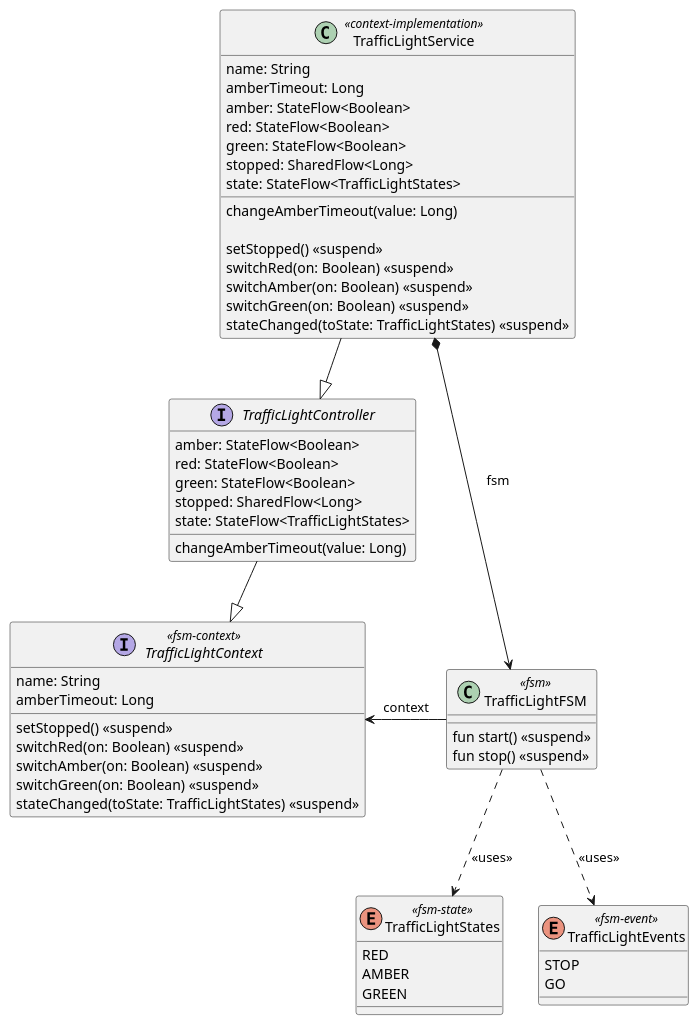
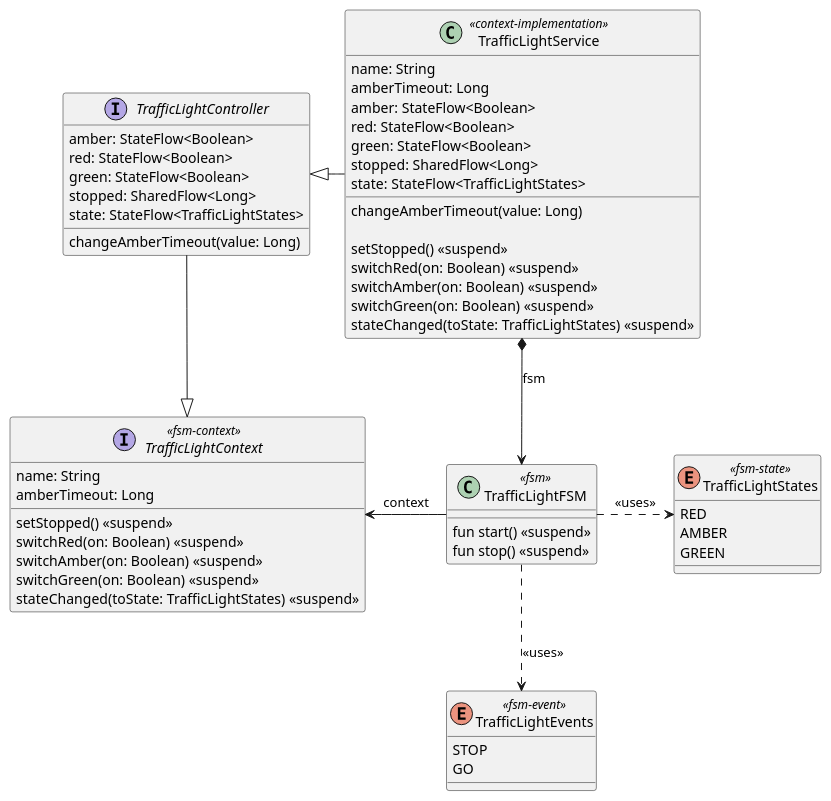
One commit to open-jumpco/kfsm-mpp-compose-traffic changed the diagram in models/traffic-light-model.puml. Above: the diagram before and after it, drawn with PlantUML. The commit also changed 4 other files, not shown here.

```diff
--- a/models/traffic-light-model.puml
+++ b/models/traffic-light-model.puml
@@ -1,62 +1,62 @@
 @startuml
 
 enum TrafficLightStates <<fsm-state>> {
     RED
     AMBER
     GREEN
 }
 
 enum TrafficLightEvents <<fsm-event>> {
     STOP
     GO
 }
 interface TrafficLightContext <<fsm-context>> {
     name: String
     amberTimeout: Long
     setStopped() <<suspend>>
     switchRed(on: Boolean) <<suspend>>
     switchAmber(on: Boolean) <<suspend>>
     switchGreen(on: Boolean) <<suspend>>
     stateChanged(toState: TrafficLightStates) <<suspend>>
 }
 
 interface TrafficLightController {
     amber: StateFlow<Boolean>
     red: StateFlow<Boolean>
     green: StateFlow<Boolean>
     stopped: SharedFlow<Long>
     state: StateFlow<TrafficLightStates>
     changeAmberTimeout(value: Long)
 }
 TrafficLightController -down-|> TrafficLightContext
 
 class TrafficLightFSM <<fsm>> {
     fun start() <<suspend>>
     fun stop() <<suspend>>
 }
 
-TrafficLightFSM ..> TrafficLightStates: <<uses>>
-TrafficLightFSM ..> TrafficLightEvents: <<uses>>
+TrafficLightFSM .right.> TrafficLightStates: <<uses>>
+TrafficLightFSM .down.> TrafficLightEvents: <<uses>>
 TrafficLightFSM -left-> TrafficLightContext: context
 
 class TrafficLightService <<context-implementation>> {
     name: String
     amberTimeout: Long
     amber: StateFlow<Boolean>
     red: StateFlow<Boolean>
     green: StateFlow<Boolean>
     stopped: SharedFlow<Long>
     state: StateFlow<TrafficLightStates>
     changeAmberTimeout(value: Long)
 
     setStopped() <<suspend>>
     switchRed(on: Boolean) <<suspend>>
     switchAmber(on: Boolean) <<suspend>>
     switchGreen(on: Boolean) <<suspend>>
     stateChanged(toState: TrafficLightStates) <<suspend>>
 }
 
-TrafficLightService --|> TrafficLightController
+TrafficLightService -left--|> TrafficLightController
 TrafficLightService *--> TrafficLightFSM: fsm
 
 @enduml
```
